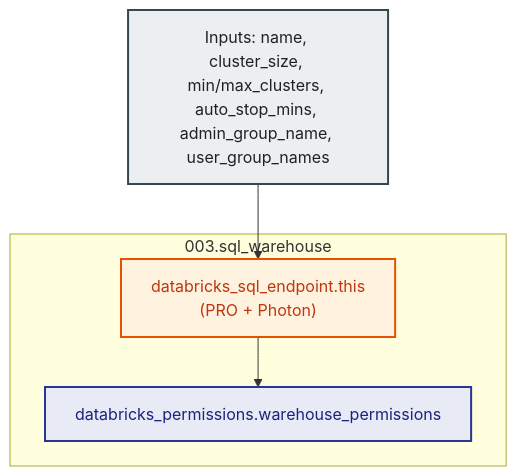
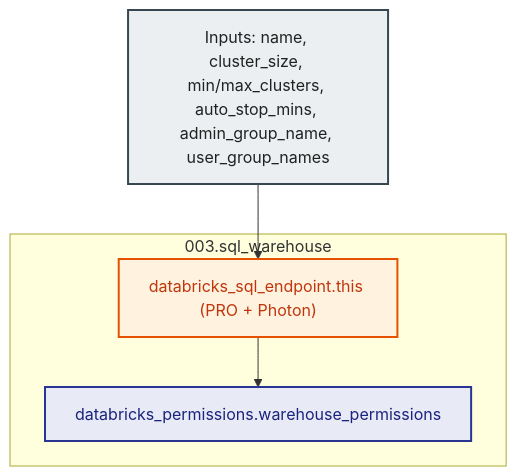
The diagram in modules/05.compute/003.sql_warehouse/README.md (MikolajSedek/databricks_aws_deployment_03_workspaces_and_compute), drawn with Mermaid before and after one commit. The commit also changed other lines of this file and 12 other files, not shown here.

````diff
--- a/modules/05.compute/003.sql_warehouse/README.md
+++ b/modules/05.compute/003.sql_warehouse/README.md
@@ -55,17 +55,17 @@
 ```mermaid
 flowchart TD
     classDef input fill:#ECEFF1,stroke:#37474F,stroke-width:2px,color:#212121;
     classDef compute fill:#FFF3E0,stroke:#E65100,stroke-width:2px,color:#BF360C;
     classDef acl fill:#E8EAF6,stroke:#283593,stroke-width:2px,color:#1A237E;
 
     Inputs["Inputs: name, cluster_size, min/max_clusters, auto_stop_mins, admin_group_name, user_group_names"]:::input
 
     subgraph WarehouseModule ["003.sql_warehouse"]
-        WH["databricks_sql_endpoint.this<br/>(PRO + Photon)"]:::compute
+        WH["databricks_sql_endpoint.this (PRO + Photon)"]:::compute
         ACL["databricks_permissions.warehouse_permissions"]:::acl
 
         WH --> ACL
     end
 
     Inputs --> WH
 ```
````
